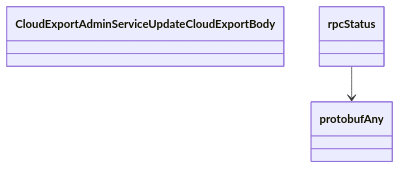
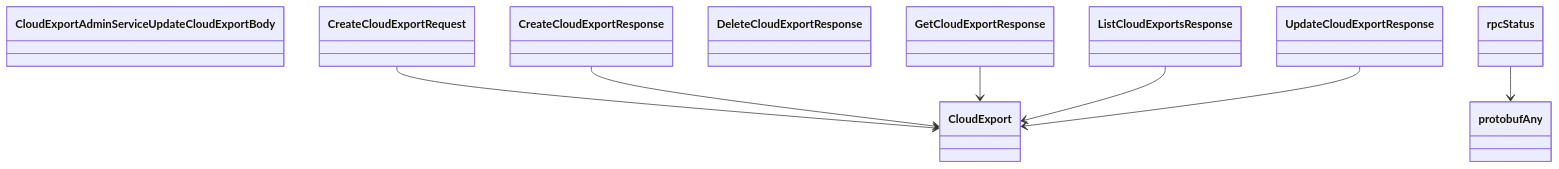
One commit to alexdearaujo/community_sdk_python changed diagram 12 of 12 in docs/sphinx/services/cloud_export.md. Above: the diagram before and after it, drawn with Mermaid. The commit also changed other lines of this file and 38 other files, not shown here.

````diff
--- a/docs/sphinx/services/cloud_export.md
+++ b/docs/sphinx/services/cloud_export.md
@@ -407,7 +407,19 @@
 ```mermaid
 classDiagram
+    class CloudExport
     class CloudExportAdminServiceUpdateCloudExportBody
+    class CreateCloudExportRequest
+    class CreateCloudExportResponse
+    class DeleteCloudExportResponse
+    class GetCloudExportResponse
+    class ListCloudExportsResponse
+    class UpdateCloudExportResponse
     class protobufAny
     class rpcStatus
+    CreateCloudExportRequest --> CloudExport
+    CreateCloudExportResponse --> CloudExport
+    GetCloudExportResponse --> CloudExport
+    ListCloudExportsResponse --> CloudExport
+    UpdateCloudExportResponse --> CloudExport
     rpcStatus --> protobufAny
 ```
````
